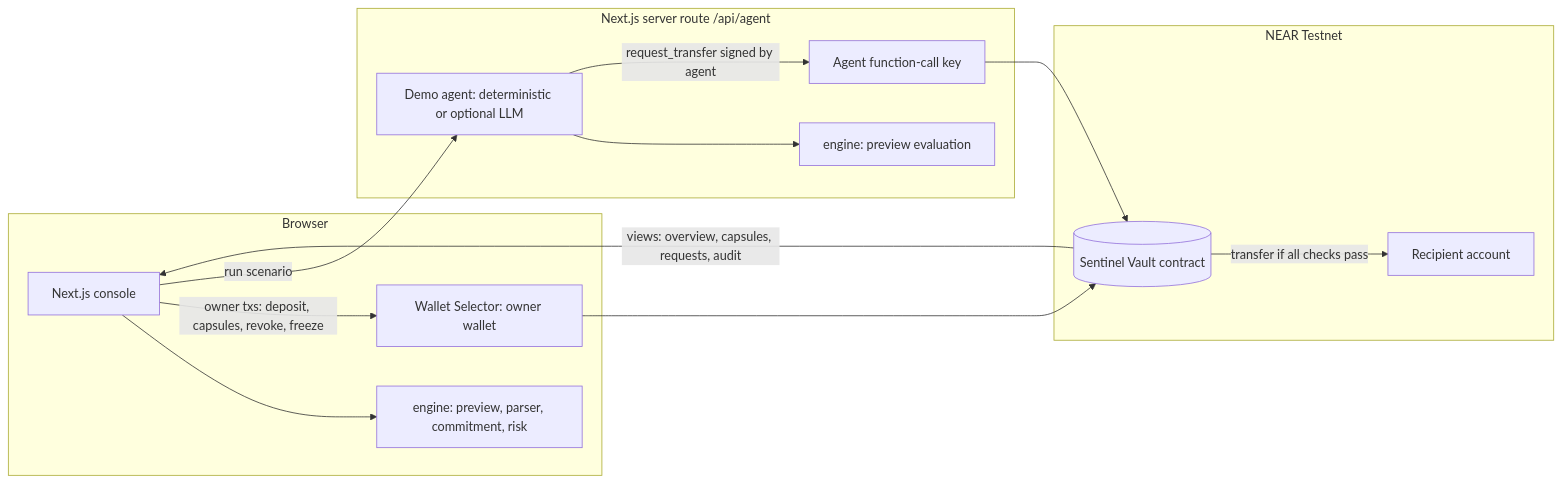
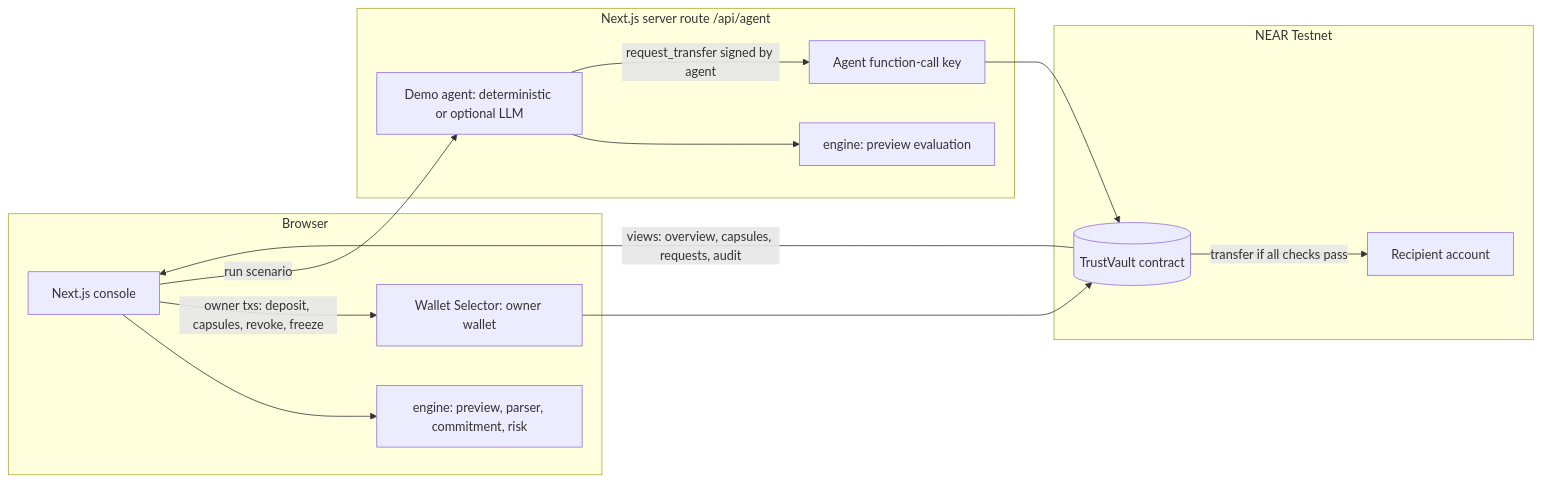
Before and after one commit to Kings1344/sentinel: the first of 2 diagrams in docs/ARCHITECTURE.md, drawn with Mermaid. The commit also changed other lines of this file and 15 other files, not shown here.

Commit message:
Rebrand Sentinel to TrustVault

````diff
--- a/docs/ARCHITECTURE.md
+++ b/docs/ARCHITECTURE.md
@@ -5,24 +5,24 @@
 ```mermaid
 flowchart LR
   subgraph Browser
     UI[Next.js console]
     ENG1[engine: preview, parser, commitment, risk]
     W[Wallet Selector: owner wallet]
   end
   subgraph Server["Next.js server route /api/agent"]
     AG[Demo agent: deterministic or optional LLM]
     ENG2[engine: preview evaluation]
     K[Agent function-call key]
   end
   subgraph NEAR["NEAR Testnet"]
-    V[(Sentinel Vault contract)]
+    V[(TrustVault contract)]
     R[Recipient account]
   end
   UI --> ENG1
   UI -- owner txs: deposit, capsules, revoke, freeze --> W --> V
   UI -- run scenario --> AG
   AG --> ENG2
   AG -- request_transfer signed by agent --> K --> V
   V -- transfer if all checks pass --> R
   V -- views: overview, capsules, requests, audit --> UI
 ```
````
